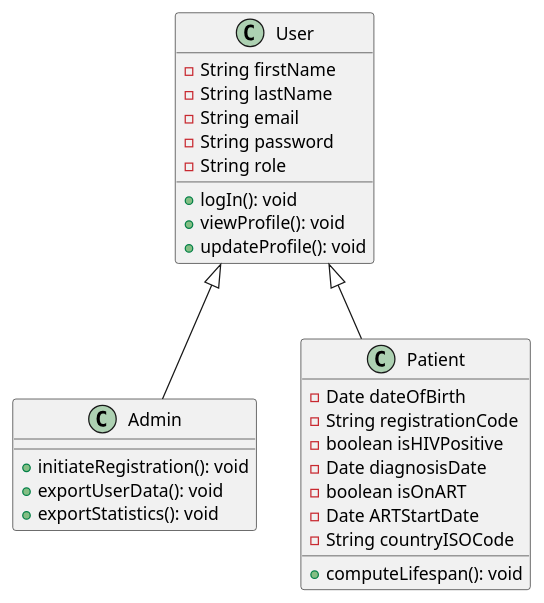
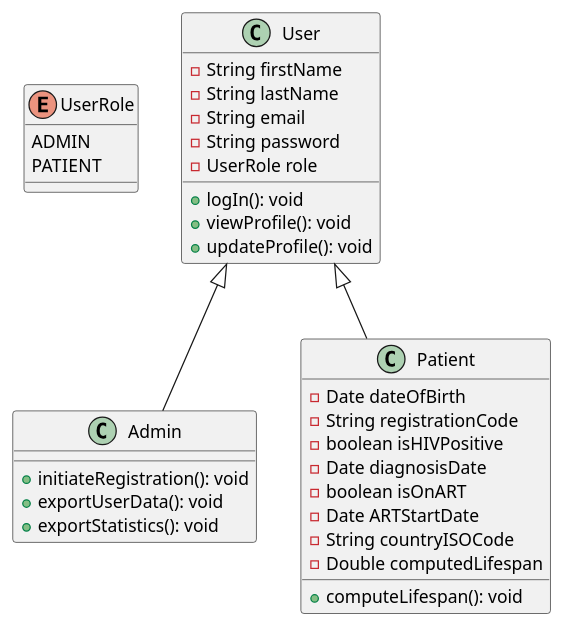
The diagram in ClassDiagrams.plantuml (Blaiseniyo/life-span-prognosis-system), drawn with PlantUML before and after one commit. The commit also changed 2 other files, not shown here.

Commit message:
final useCase Diagram

```diff
--- a/ClassDiagrams.plantuml
+++ b/ClassDiagrams.plantuml
@@ -1,34 +1,39 @@
 @startuml Life Span Pregnosis Class Diagrams
+enum UserRole {
+  ADMIN
+  PATIENT
+}
 
 class User {
   - String firstName
   - String lastName
   - String email
   - String password
-  - String role
+  - UserRole role
   + logIn(): void
   + viewProfile(): void
   + updateProfile(): void
 }
 
 class Admin {
   + initiateRegistration(): void
   + exportUserData(): void
   + exportStatistics(): void
 }
 
 class Patient {
   - Date dateOfBirth
   - String registrationCode
   - boolean isHIVPositive
   - Date diagnosisDate
   - boolean isOnART
   - Date ARTStartDate
   - String countryISOCode
+  - Double computedLifespan
   + computeLifespan(): void
 }
 
 User <|-- Admin
 User <|-- Patient
 
 @enduml
```
